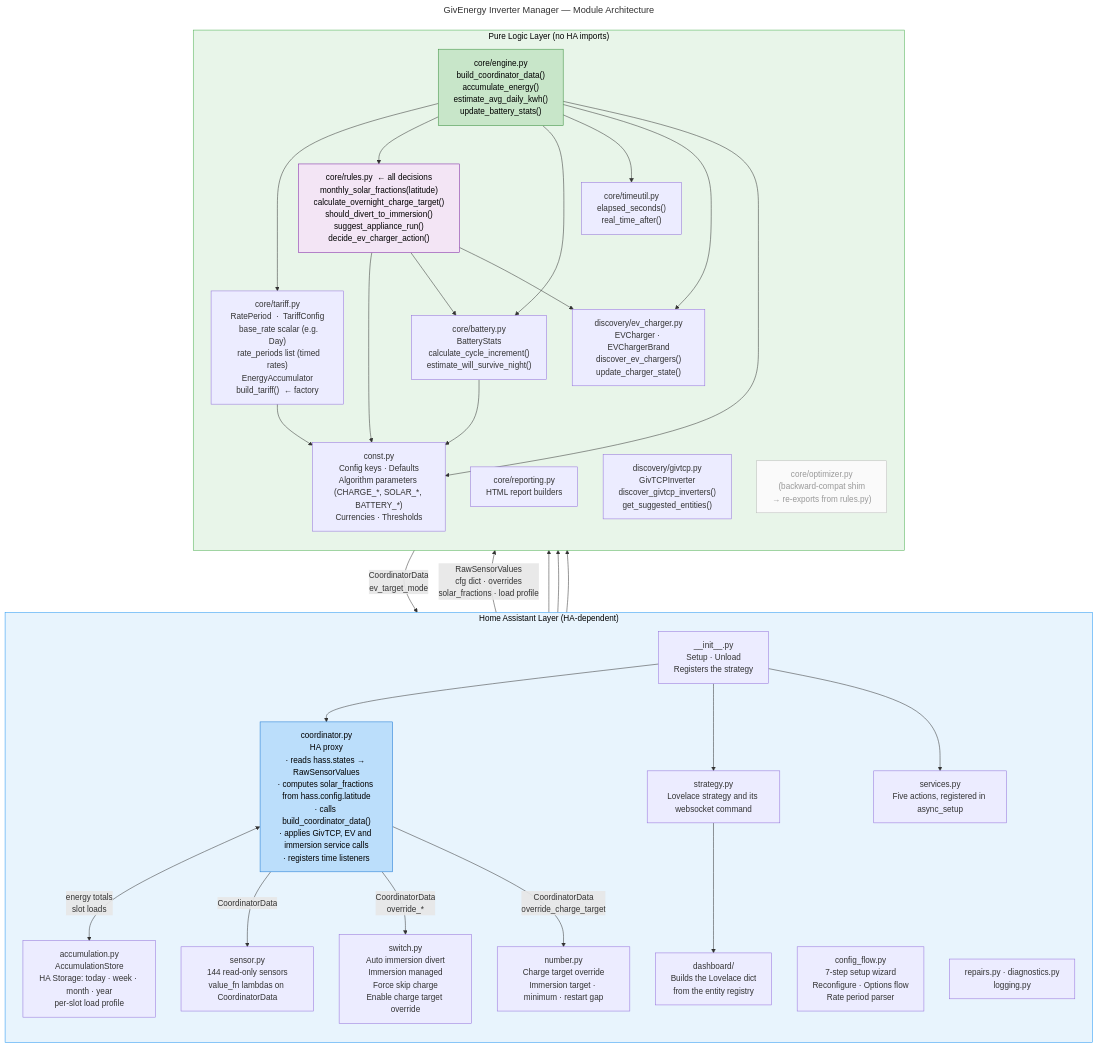
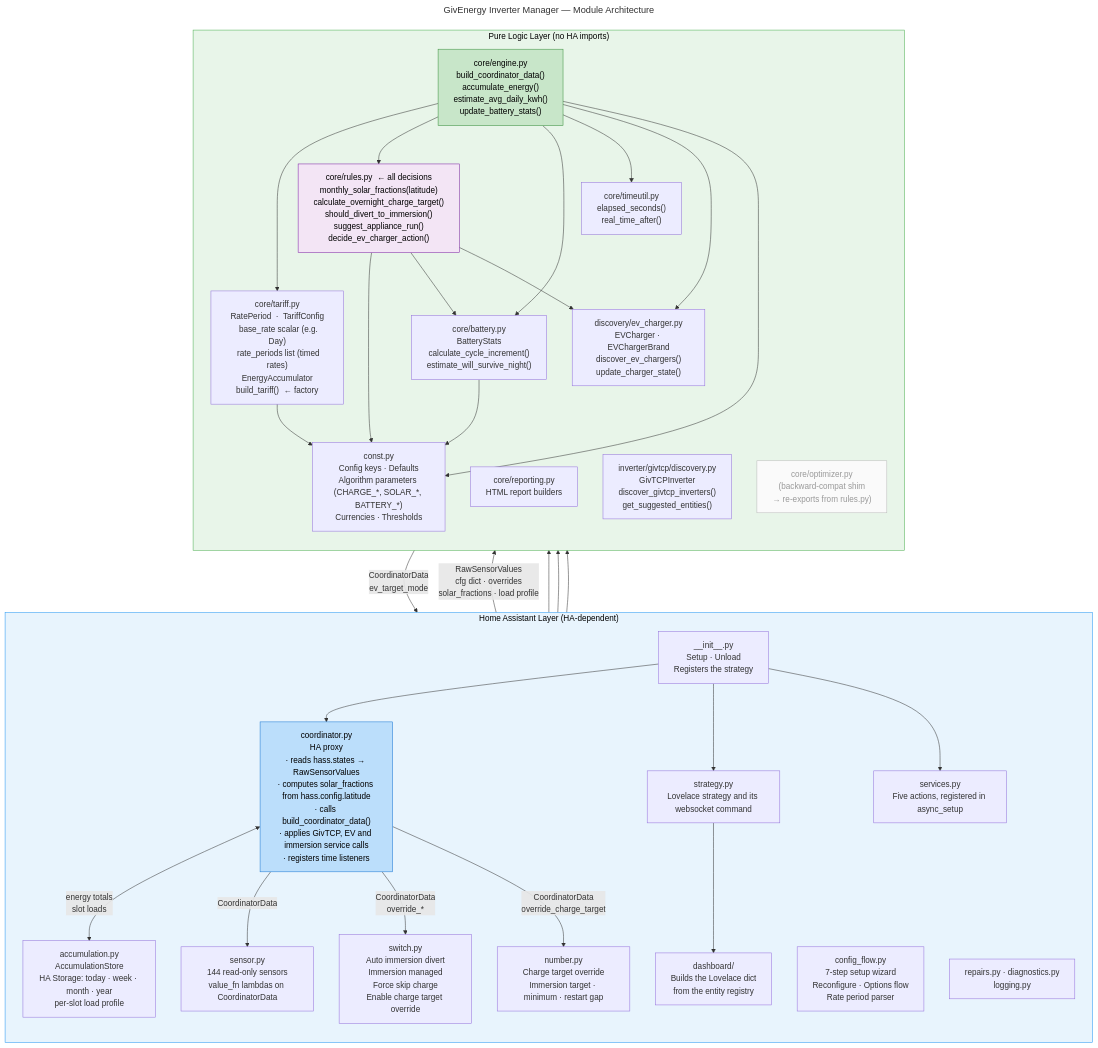
One commit to macuistin/givenergy_inverter_manager changed the diagram in docs/architecture.mermaid. Above: the diagram before and after it, drawn with Mermaid. The commit also changed 43 other files, not shown here.

First line of the commit message:
refactor(inverter): add the inverter backend interface and move the GivTCP discovery and writer

```diff
--- a/docs/architecture.mermaid
+++ b/docs/architecture.mermaid
@@ -1,73 +1,73 @@
 ---
 title: GivEnergy Inverter Manager — Module Architecture
 ---
 graph TD
     subgraph HA["Home Assistant Layer  (HA-dependent)"]
         direction TB
         INIT["__init__.py\nSetup · Unload\nRegisters the strategy"]
         COORD["coordinator.py\nHA proxy\n· reads hass.states → RawSensorValues\n· computes solar_fractions from hass.config.latitude\n· calls build_coordinator_data()\n· applies GivTCP, EV and immersion service calls\n· registers time listeners"]
         ACC["accumulation.py\nAccumulationStore\nHA Storage: today · week · month · year\nper-slot load profile"]
         SENSOR["sensor.py\n144 read-only sensors\nvalue_fn lambdas on CoordinatorData"]
         SWITCH["switch.py\nAuto immersion divert\nImmersion managed\nForce skip charge\nEnable charge target override"]
         NUMBER["number.py\nCharge target override\nImmersion target · minimum · restart gap"]
         DASH["services.py\nFive actions, registered in async_setup"]
         BUILD["dashboard/\nBuilds the Lovelace dict\nfrom the entity registry"]
         STRAT["strategy.py\nLovelace strategy and its websocket command"]
         CF["config_flow.py\n7-step setup wizard\nReconfigure · Options flow\nRate period parser"]
         MISC["repairs.py · diagnostics.py\nlogging.py"]
     end
 
     subgraph ENGINE["Pure Logic Layer  (no HA imports)"]
         direction TB
         ENG["core/engine.py\nbuild_coordinator_data()\naccumulate_energy()\nestimate_avg_daily_kwh()\nupdate_battery_stats()"]
         RULES["core/rules.py  ← all decisions\nmonthly_solar_fractions(latitude)\ncalculate_overnight_charge_target()\nshould_divert_to_immersion()\nsuggest_appliance_run()\ndecide_ev_charger_action()"]
         TARIFF["core/tariff.py\nRatePeriod  ·  TariffConfig\n  base_rate scalar (e.g. Day)\n  rate_periods list (timed rates)\nEnergyAccumulator\nbuild_tariff()  ← factory"]
         BAT["core/battery.py\nBatteryStats\ncalculate_cycle_increment()\nestimate_will_survive_night()"]
         REP["core/reporting.py\nHTML report builders"]
         TIME["core/timeutil.py\nelapsed_seconds()\nreal_time_after()"]
         DISC_EV["discovery/ev_charger.py\nEVCharger · EVChargerBrand\ndiscover_ev_chargers()\nupdate_charger_state()"]
-        DISC_GTC["discovery/givtcp.py\nGivTCPInverter\ndiscover_givtcp_inverters()\nget_suggested_entities()"]
+        DISC_GTC["inverter/givtcp/discovery.py\nGivTCPInverter\ndiscover_givtcp_inverters()\nget_suggested_entities()"]
         CONST["const.py\nConfig keys · Defaults\nAlgorithm parameters (CHARGE_*, SOLAR_*, BATTERY_*)\nCurrencies · Thresholds"]
         OPT["core/optimizer.py\n(backward-compat shim\n→ re-exports from rules.py)"]
     end
 
     %% Coordinator ↔ Engine
     COORD -->|"RawSensorValues\ncfg dict · overrides\nsolar_fractions · load profile"| ENG
     ENG -->|"CoordinatorData\nev_target_mode"| COORD
     COORD <-->|"energy totals\nslot loads"| ACC
 
     %% Engine internal deps
     ENG --> TARIFF
     ENG --> RULES
     ENG --> BAT
     ENG --> TIME
     ENG --> DISC_EV
     ENG --> CONST
     RULES --> CONST
     RULES --> BAT
     RULES --> DISC_EV
     TARIFF --> CONST
     BAT --> CONST
 
     %% HA entities read coordinator data
     COORD -->|"CoordinatorData"| SENSOR
     COORD -->|"CoordinatorData\noverride_*"| SWITCH
     COORD -->|"CoordinatorData\noverride_charge_target"| NUMBER
     SENSOR --> REP
     STRAT --> BUILD
 
     %% Config flow uses discovery at setup time only
     CF --> DISC_GTC
     CF --> DISC_EV
 
     %% Init wires it all together
     INIT --> COORD
     INIT --> DASH
     INIT --> STRAT
 
     style HA fill:#e8f4fd,stroke:#2196F3,color:#000
     style ENGINE fill:#e8f5e9,stroke:#4CAF50,color:#000
     style ENG fill:#c8e6c9,stroke:#388E3C,color:#000
     style COORD fill:#bbdefb,stroke:#1976D2,color:#000
     style RULES fill:#f3e5f5,stroke:#7B1FA2,color:#000
     style OPT fill:#fafafa,stroke:#bbb,color:#999
```
